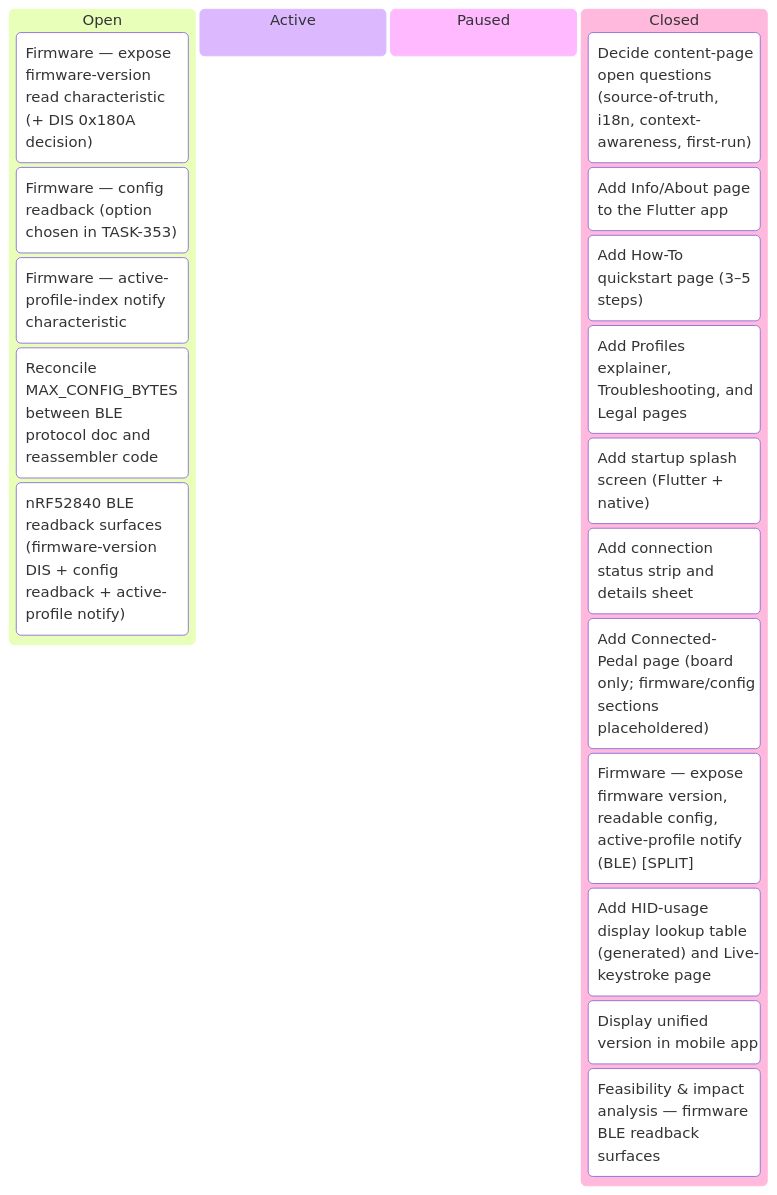
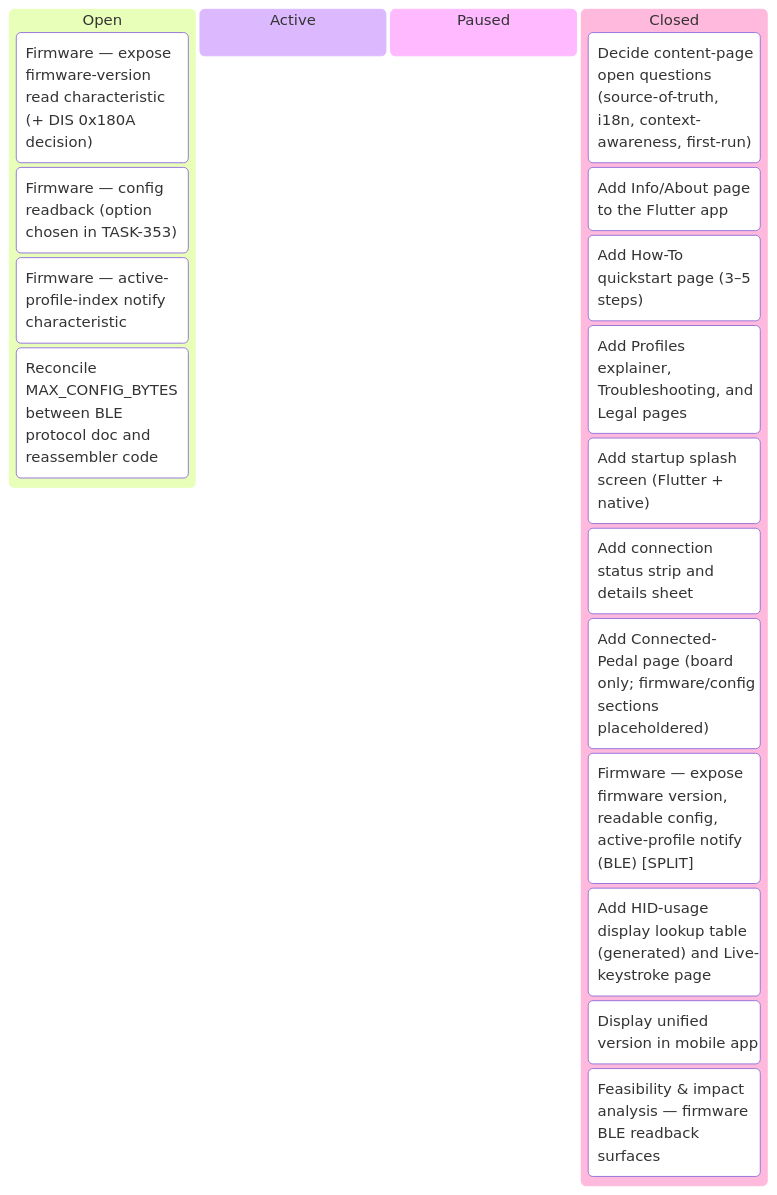
One commit to tgd1975/AwesomeStudioPedal changed the first of 8 diagrams in docs/developers/tasks/KANBAN.md. Above: the diagram before and after it, drawn with Mermaid. The commit also changed other lines of this file and 10 other files, not shown here.

````diff
--- a/docs/developers/tasks/KANBAN.md
+++ b/docs/developers/tasks/KANBAN.md
@@ -11,23 +11,22 @@
 ```mermaid
 kanban
   Open
     TASK_354["Firmware — expose firmware-version read characteristic (+ DIS 0x180A decision)"]
     TASK_355["Firmware — config readback (option chosen in TASK-353)"]
     TASK_356["Firmware — active-profile-index notify characteristic"]
     TASK_357["Reconcile MAX_CONFIG_BYTES between BLE protocol doc and reassembler code"]
-    TASK_358["nRF52840 BLE readback surfaces (firmware-version DIS + config readback + active-profile notify)"]
   Active
   Paused
   Closed
     TASK_330["Decide content-page open questions (source-of-truth, i18n, context-awareness, first-run)"]
     TASK_331["Add Info/About page to the Flutter app"]
     TASK_332["Add How-To quickstart page (3–5 steps)"]
     TASK_333["Add Profiles explainer, Troubleshooting, and Legal pages"]
     TASK_334["Add startup splash screen (Flutter + native)"]
     TASK_335["Add connection status strip and details sheet"]
     TASK_336["Add Connected-Pedal page (board only; firmware/config sections placeholdered)"]
     TASK_337["Firmware — expose firmware version, readable config, active-profile notify (BLE) [SPLIT]"]
     TASK_338["Add HID-usage display lookup table (generated) and Live-keystroke page"]
     TASK_349["Display unified version in mobile app"]
     TASK_353["Feasibility & impact analysis — firmware BLE readback surfaces"]
 ```
````
